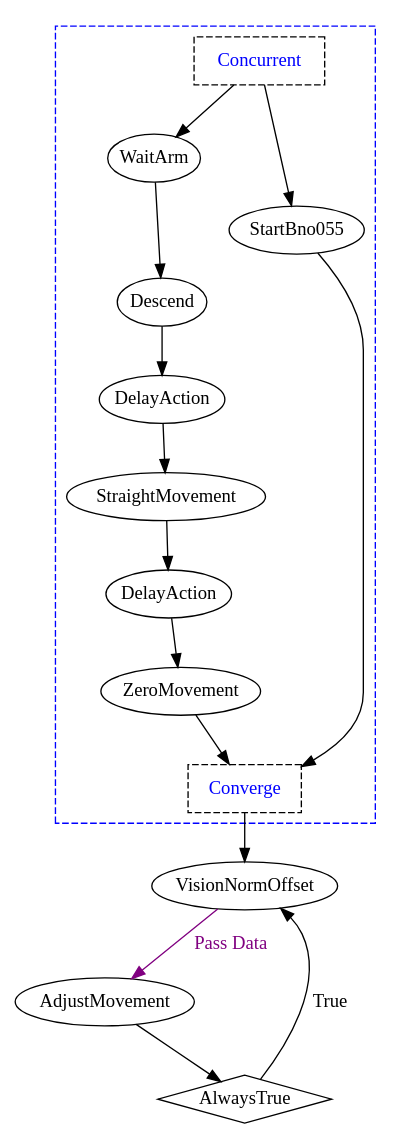
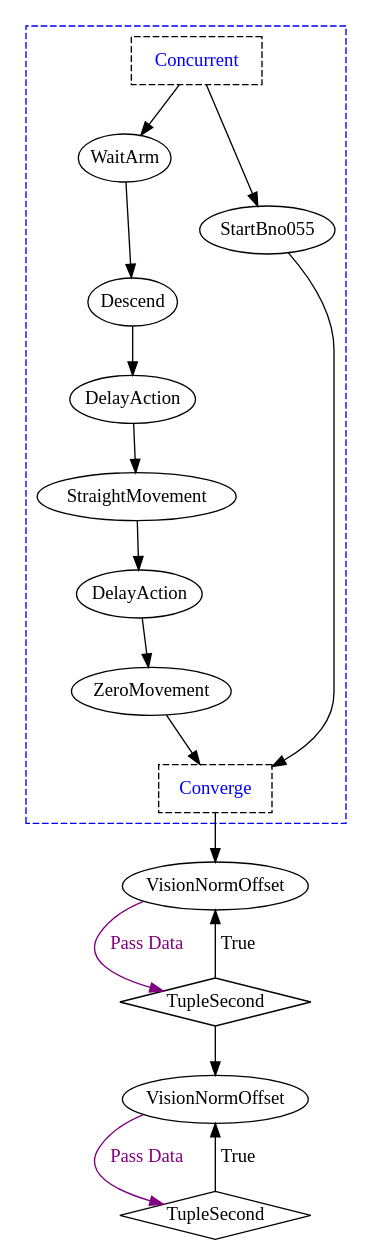
Before and after one commit to ncsurobotics/SW8S-Rust: the diagram in graphs/pool_test_2_17_24/basic/gate_run.dot, drawn with Graphviz. The commit also changed 9 other files, not shown here.

```diff
--- a/graphs/pool_test_2_17_24/basic/gate_run.dot
+++ b/graphs/pool_test_2_17_24/basic/gate_run.dot
@@ -1,35 +1,39 @@
 digraph G {
 splines = true;
 nodesep = 1.0;
 bgcolor = "none";
-subgraph "cluster_34469c6b-13e8-4632-abf1-76f488e839f5" {
+subgraph "cluster_8db5bd4a-db28-4c5a-b328-fb0111239b2b" {
 style = dashed;
 color = blue;
-"846d323a-0574-4298-a999-c9d65dfb63c7" [label = "Concurrent", shape = box, fontcolor = blue, style = dashed];
-"08ba23c2-0783-4ab1-9b8d-0c655479c756" [label = "Converge", shape = box, fontcolor = blue, style = dashed];
-"64374514-87b9-4048-b474-2bc50650acec" [label = "WaitArm", margin = 0];
-"7ca2972c-4c46-4da8-a0cc-45b7acd3e324" [label = "Descend", margin = 0];
-"6fbd282a-05c4-4573-a0ad-b2c0aa80533a" [label = "DelayAction", margin = 0];
-"7ca2972c-4c46-4da8-a0cc-45b7acd3e324" -> "6fbd282a-05c4-4573-a0ad-b2c0aa80533a";
-"c200519f-61d9-4c20-98eb-5b2bfbfe716e" [label = "StraightMovement", margin = 0];
-"e2a6b9c2-406f-4368-9b0c-b279714d3f83" [label = "DelayAction", margin = 0];
-"c200519f-61d9-4c20-98eb-5b2bfbfe716e" -> "e2a6b9c2-406f-4368-9b0c-b279714d3f83";
-"4c7243f7-9b0d-4e18-a3bc-92116508992d" [label = "ZeroMovement", margin = 0];
-"e2a6b9c2-406f-4368-9b0c-b279714d3f83" -> "4c7243f7-9b0d-4e18-a3bc-92116508992d";
-"6fbd282a-05c4-4573-a0ad-b2c0aa80533a" -> "c200519f-61d9-4c20-98eb-5b2bfbfe716e";
-"64374514-87b9-4048-b474-2bc50650acec" -> "7ca2972c-4c46-4da8-a0cc-45b7acd3e324";
-"3cea9504-2624-47cb-9e3f-a72473fdfa41" [label = "StartBno055", margin = 0];
-"846d323a-0574-4298-a999-c9d65dfb63c7" -> "64374514-87b9-4048-b474-2bc50650acec";
-"846d323a-0574-4298-a999-c9d65dfb63c7" -> "3cea9504-2624-47cb-9e3f-a72473fdfa41";
-"4c7243f7-9b0d-4e18-a3bc-92116508992d" -> "08ba23c2-0783-4ab1-9b8d-0c655479c756";
-"3cea9504-2624-47cb-9e3f-a72473fdfa41" -> "08ba23c2-0783-4ab1-9b8d-0c655479c756";
+"3ee7fc99-746e-4ed8-826f-15d19a2896aa" [label = "Concurrent", shape = box, fontcolor = blue, style = dashed];
+"241eb299-7365-4448-82c7-abda20914f9e" [label = "Converge", shape = box, fontcolor = blue, style = dashed];
+"119c063e-432b-4944-87f2-37069018db8d" [label = "WaitArm", margin = 0];
+"5b356c89-15e5-43ea-a064-717da1978c69" [label = "Descend", margin = 0];
+"7fabca96-b836-4cc3-b3f4-2ee8ced8c6ba" [label = "DelayAction", margin = 0];
+"5b356c89-15e5-43ea-a064-717da1978c69" -> "7fabca96-b836-4cc3-b3f4-2ee8ced8c6ba";
+"180fbead-5edf-457c-adde-3a8d5602a93a" [label = "StraightMovement", margin = 0];
+"51c25b2f-1a30-4807-ab09-3f2cac1ff309" [label = "DelayAction", margin = 0];
+"180fbead-5edf-457c-adde-3a8d5602a93a" -> "51c25b2f-1a30-4807-ab09-3f2cac1ff309";
+"a4bbda60-40bd-44ca-9a21-633c7bb462cb" [label = "ZeroMovement", margin = 0];
+"51c25b2f-1a30-4807-ab09-3f2cac1ff309" -> "a4bbda60-40bd-44ca-9a21-633c7bb462cb";
+"7fabca96-b836-4cc3-b3f4-2ee8ced8c6ba" -> "180fbead-5edf-457c-adde-3a8d5602a93a";
+"119c063e-432b-4944-87f2-37069018db8d" -> "5b356c89-15e5-43ea-a064-717da1978c69";
+"13439313-bb38-4ac0-9351-327328ddd31c" [label = "StartBno055", margin = 0];
+"3ee7fc99-746e-4ed8-826f-15d19a2896aa" -> "119c063e-432b-4944-87f2-37069018db8d";
+"3ee7fc99-746e-4ed8-826f-15d19a2896aa" -> "13439313-bb38-4ac0-9351-327328ddd31c";
+"a4bbda60-40bd-44ca-9a21-633c7bb462cb" -> "241eb299-7365-4448-82c7-abda20914f9e";
+"13439313-bb38-4ac0-9351-327328ddd31c" -> "241eb299-7365-4448-82c7-abda20914f9e";
 }
-"b974dc16-a126-4128-963b-346493ef2aa5" [label = "VisionNormOffset", margin = 0];
-"85b71ef1-f4cf-40e0-983f-186130785e1a" [label = "AdjustMovement", margin = 0];
-"b974dc16-a126-4128-963b-346493ef2aa5" -> "85b71ef1-f4cf-40e0-983f-186130785e1a" [color = purple, fontcolor = purple, label = "Pass Data"];
-"6aec5320-54af-42db-9ec7-d09c2f50846c" [label = "AlwaysTrue", margin = 0];
-"85b71ef1-f4cf-40e0-983f-186130785e1a" -> "6aec5320-54af-42db-9ec7-d09c2f50846c";
-"6aec5320-54af-42db-9ec7-d09c2f50846c" [shape = diamond];
-"6aec5320-54af-42db-9ec7-d09c2f50846c" -> "b974dc16-a126-4128-963b-346493ef2aa5" [label = "True"];
-"08ba23c2-0783-4ab1-9b8d-0c655479c756" -> "b974dc16-a126-4128-963b-346493ef2aa5";
+"cd0aa6c0-6c67-44f7-aa5f-b2a78486bc0e" [label = "VisionNormOffset", margin = 0];
+"73b8fcb3-da56-43d2-ad8b-f33f60657705" [label = "TupleSecond", margin = 0];
+"cd0aa6c0-6c67-44f7-aa5f-b2a78486bc0e" -> "73b8fcb3-da56-43d2-ad8b-f33f60657705" [color = purple, fontcolor = purple, label = "Pass Data"];
+"73b8fcb3-da56-43d2-ad8b-f33f60657705" [shape = diamond];
+"73b8fcb3-da56-43d2-ad8b-f33f60657705" -> "cd0aa6c0-6c67-44f7-aa5f-b2a78486bc0e" [label = "True"];
+"a2aa56b6-e7c8-4d39-ac03-999bad7279ab" [label = "VisionNormOffset", margin = 0];
+"61a4c846-8591-468b-a225-ea2a44ad37c3" [label = "TupleSecond", margin = 0];
+"a2aa56b6-e7c8-4d39-ac03-999bad7279ab" -> "61a4c846-8591-468b-a225-ea2a44ad37c3" [color = purple, fontcolor = purple, label = "Pass Data"];
+"61a4c846-8591-468b-a225-ea2a44ad37c3" [shape = diamond];
+"61a4c846-8591-468b-a225-ea2a44ad37c3" -> "a2aa56b6-e7c8-4d39-ac03-999bad7279ab" [label = "True"];
+"73b8fcb3-da56-43d2-ad8b-f33f60657705" -> "a2aa56b6-e7c8-4d39-ac03-999bad7279ab";
+"241eb299-7365-4448-82c7-abda20914f9e" -> "cd0aa6c0-6c67-44f7-aa5f-b2a78486bc0e";
 }
```
